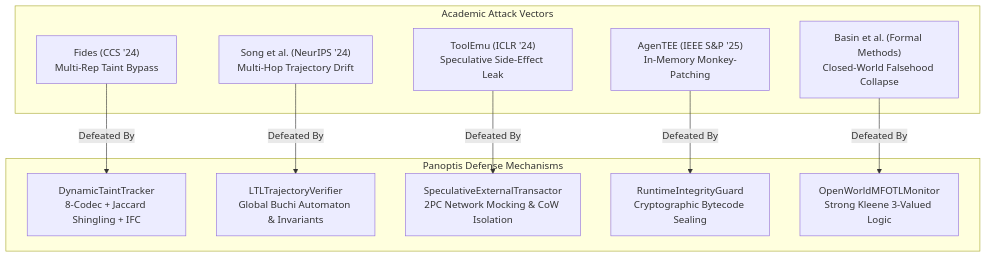
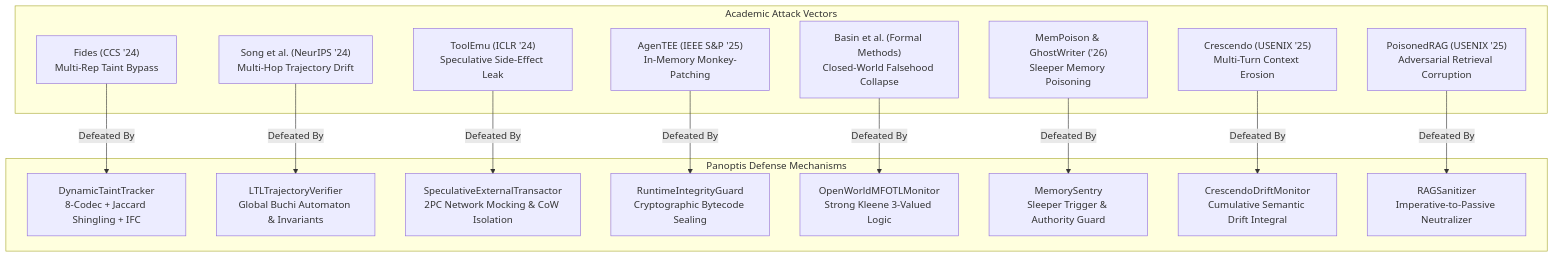
The diagram in docs/ACADEMIC_RESEARCH_DEFEAT_PROOFS.md (Shinraya-Tech-Labs/AgentWatch), drawn with Mermaid before and after one commit. The commit also changed other lines of this file and 5 other files, not shown here.

Commit message:
feat(protect): add MemorySentry, CrescendoDriftMonitor, and RAGSanitizer defeating 2025/2026 academic attack papers

````diff
--- a/docs/ACADEMIC_RESEARCH_DEFEAT_PROOFS.md
+++ b/docs/ACADEMIC_RESEARCH_DEFEAT_PROOFS.md
@@ -15,24 +15,33 @@
 ```mermaid
 flowchart TD
     subgraph Attacks["Academic Attack Vectors"]
         A1["Fides (CCS '24)<br/>Multi-Rep Taint Bypass"]
         A2["Song et al. (NeurIPS '24)<br/>Multi-Hop Trajectory Drift"]
         A3["ToolEmu (ICLR '24)<br/>Speculative Side-Effect Leak"]
         A4["AgenTEE (IEEE S&P '25)<br/>In-Memory Monkey-Patching"]
         A5["Basin et al. (Formal Methods)<br/>Closed-World Falsehood Collapse"]
+        A6["MemPoison & GhostWriter ('26)<br/>Sleeper Memory Poisoning"]
+        A7["Crescendo (USENIX '25)<br/>Multi-Turn Context Erosion"]
+        A8["PoisonedRAG (USENIX '25)<br/>Adversarial Retrieval Corruption"]
     end
 
     subgraph Defenses["Panoptis Defense Mechanisms"]
         D1["DynamicTaintTracker<br/>8-Codec + Jaccard Shingling + IFC"]
         D2["LTLTrajectoryVerifier<br/>Global Buchi Automaton & Invariants"]
         D3["SpeculativeExternalTransactor<br/>2PC Network Mocking & CoW Isolation"]
         D4["RuntimeIntegrityGuard<br/>Cryptographic Bytecode Sealing"]
         D5["OpenWorldMFOTLMonitor<br/>Strong Kleene 3-Valued Logic"]
+        D6["MemorySentry<br/>Sleeper Trigger & Authority Guard"]
+        D7["CrescendoDriftMonitor<br/>Cumulative Semantic Drift Integral"]
+        D8["RAGSanitizer<br/>Imperative-to-Passive Neutralizer"]
     end
 
     A1 -->|Defeated By| D1
     A2 -->|Defeated By| D2
     A3 -->|Defeated By| D3
     A4 -->|Defeated By| D4
     A5 -->|Defeated By| D5
+    A6 -->|Defeated By| D6
+    A7 -->|Defeated By| D7
+    A8 -->|Defeated By| D8
 ```
````
